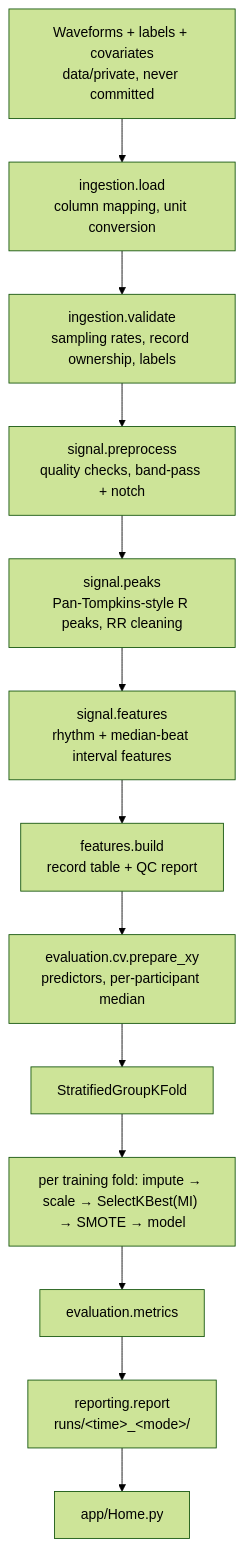
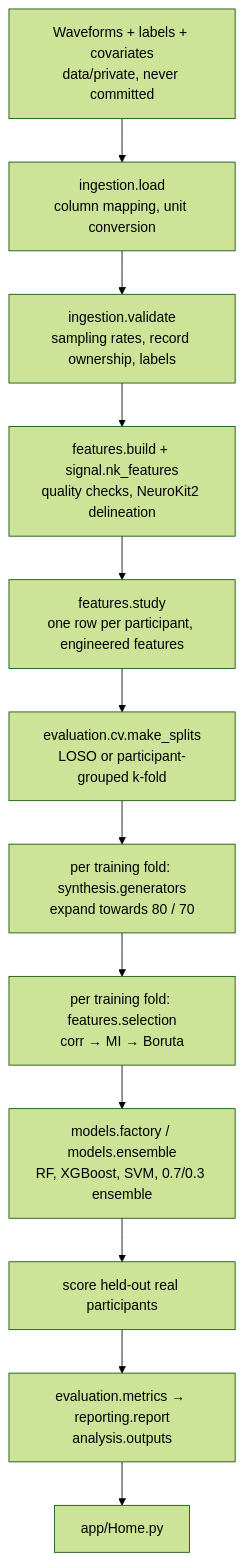
One commit to pkjx29/pcos-ecg changed the diagram in docs/architecture.md. Above: the diagram before and after it, drawn with Mermaid (forest theme). The commit also changed other lines of this file and 9 other files, not shown here.

Commit message:
Document which steps follow the original study, what changed, and that demo metrics say nothing about PCOS

````diff
--- a/docs/architecture.md
+++ b/docs/architecture.md
@@ -3,15 +3,14 @@
 ```mermaid
 flowchart TD
     A[Waveforms + labels + covariates<br/>data/private, never committed] --> B[ingestion.load<br/>column mapping, unit conversion]
     B --> C[ingestion.validate<br/>sampling rates, record ownership, labels]
-    C --> D[signal.preprocess<br/>quality checks, band-pass + notch]
-    D --> E[signal.peaks<br/>Pan-Tompkins-style R peaks, RR cleaning]
-    E --> F[signal.features<br/>rhythm + median-beat interval features]
-    F --> G[features.build<br/>record table + QC report]
-    G --> H[evaluation.cv.prepare_xy<br/>predictors, per-participant median]
-    H --> I[StratifiedGroupKFold]
-    I --> J["per training fold: impute → scale → SelectKBest(MI) → SMOTE → model"]
-    J --> K[evaluation.metrics]
-    K --> L[reporting.report<br/>runs/&lt;time&gt;_&lt;mode&gt;/]
-    L --> M[app/Home.py]
+    C --> D[features.build + signal.nk_features<br/>quality checks, NeuroKit2 delineation]
+    D --> E[features.study<br/>one row per participant, engineered features]
+    E --> F[evaluation.cv.make_splits<br/>LOSO or participant-grouped k-fold]
+    F --> G[per training fold: synthesis.generators<br/>expand towards 80 / 70]
+    G --> H[per training fold: features.selection<br/>corr → MI → Boruta]
+    H --> I[models.factory / models.ensemble<br/>RF, XGBoost, SVM, 0.7/0.3 ensemble]
+    I --> J[score held-out real participants]
+    J --> K[evaluation.metrics → reporting.report<br/>analysis.outputs]
+    K --> L[app/Home.py]
 ```
````
